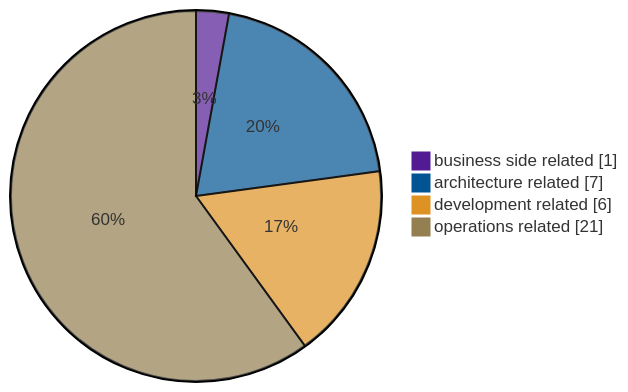
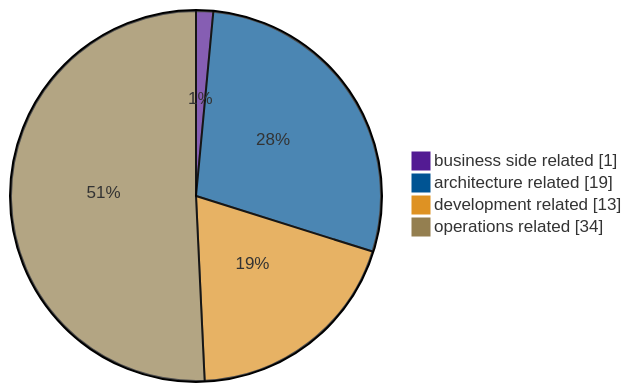
One commit to Luv1881/Threat-model changed the second of 2 diagrams in threagile/output/adocReport/030_RiskMitigationStatus.adoc. Above: the diagram before and after it, drawn with Mermaid. The commit also changed other lines of this file and 312 other files, not shown here.

```diff
--- a/threagile/output/adocReport/030_RiskMitigationStatus.adoc
+++ b/threagile/output/adocReport/030_RiskMitigationStatus.adoc
@@ -87,9 +87,9 @@
 [mermaid]
 ....
 %%{init: {'pie' : {'textPosition' : 0.5}, 'theme': 'base', 'themeVariables': { 'pie1': '#531B93', 'pie2': '#005493', 'pie3': '#DE9223', 'pie4': '#947F50'}}}%%
 pie showData
   "business side related" : 1
-  "architecture related" : 7
-  "development related" : 6
-  "operations related" : 21
+  "architecture related" : 19
+  "development related" : 13
+  "operations related" : 34
 ....
```
